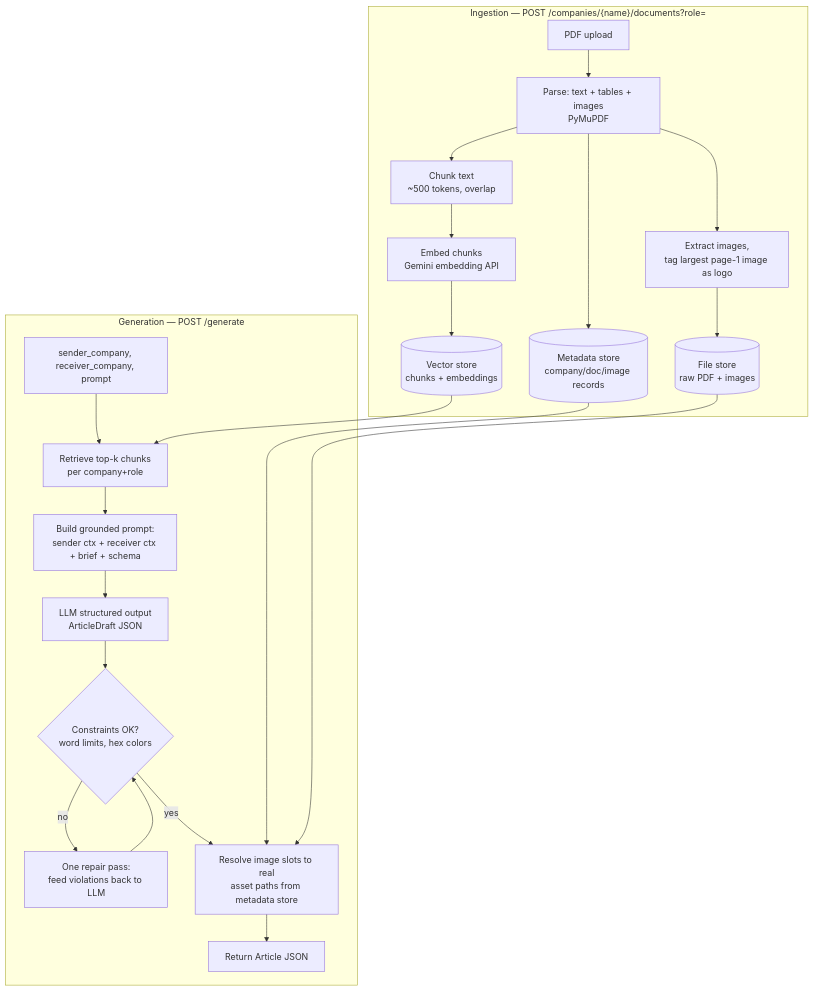
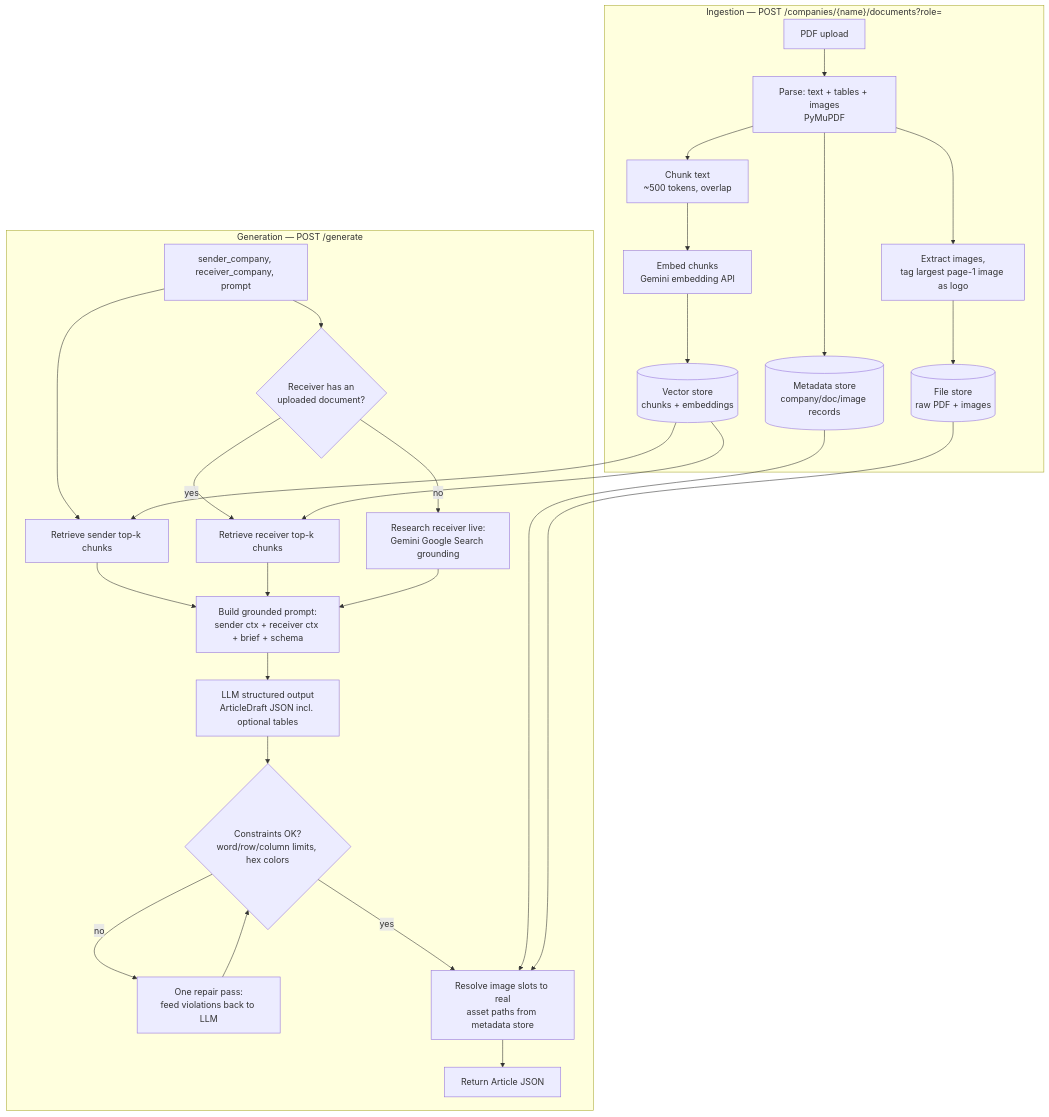
One commit to anacarolinafxavier19/automated-generative-marketing-app changed the first of 2 diagrams in docs/architecture.md. Above: the diagram before and after it, drawn with Mermaid. The commit also changed other lines of this file and 50 other files, not shown here.

````diff
--- a/docs/architecture.md
+++ b/docs/architecture.md
@@ -20,26 +25,32 @@
 ```mermaid
 flowchart TD
     subgraph Ingestion["Ingestion — POST /companies/{name}/documents?role="]
         A[PDF upload] --> B[Parse: text + tables + images<br/>PyMuPDF]
         B --> C[Chunk text<br/>~500 tokens, overlap]
         C --> D[Embed chunks<br/>Gemini embedding API]
         D --> E[(Vector store<br/>chunks + embeddings)]
         B --> F[Extract images,<br/>tag largest page-1 image as logo]
         F --> G[(File store<br/>raw PDF + images)]
         B --> H[(Metadata store<br/>company/doc/image records)]
     end
 
     subgraph Generation["Generation — POST /generate"]
-        I[sender_company, receiver_company, prompt] --> J[Retrieve top-k chunks<br/>per company+role]
-        E --> J
-        J --> K[Build grounded prompt:<br/>sender ctx + receiver ctx + brief + schema]
-        K --> L[LLM structured output<br/>ArticleDraft JSON]
-        L --> M{Constraints OK?<br/>word limits, hex colors}
+        I[sender_company, receiver_company, prompt] --> J1[Retrieve sender top-k chunks]
+        E --> J1
+        I --> Q{Receiver has an<br/>uploaded document?}
+        Q -- yes --> J2[Retrieve receiver top-k chunks]
+        E --> J2
+        Q -- no --> R[Research receiver live:<br/>Gemini Google Search grounding]
+        J1 --> K[Build grounded prompt:<br/>sender ctx + receiver ctx + brief + schema]
+        J2 --> K
+        R --> K
+        K --> L[LLM structured output<br/>ArticleDraft JSON incl. optional tables]
+        L --> M{Constraints OK?<br/>word/row/column limits, hex colors}
         M -- no --> N[One repair pass:<br/>feed violations back to LLM]
         N --> M
         M -- yes --> O[Resolve image slots to real<br/>asset paths from metadata store]
         H --> O
         G --> O
         O --> P[Return Article JSON]
     end
 ```
````
